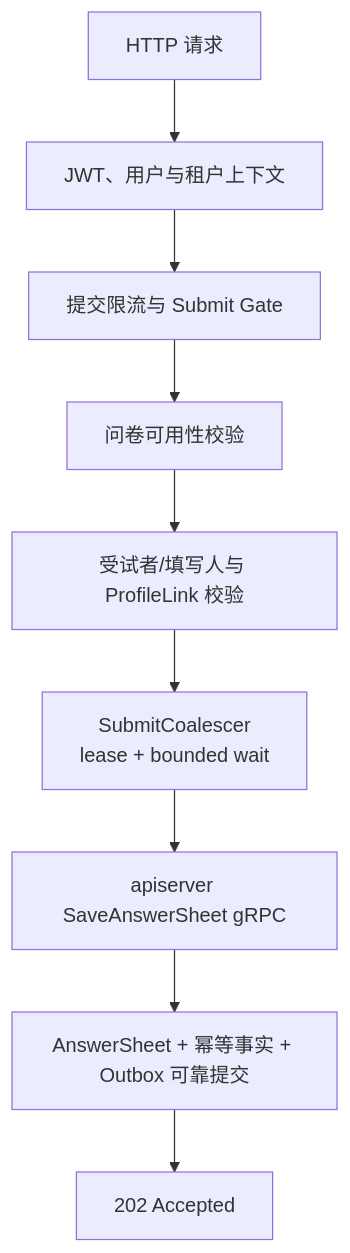
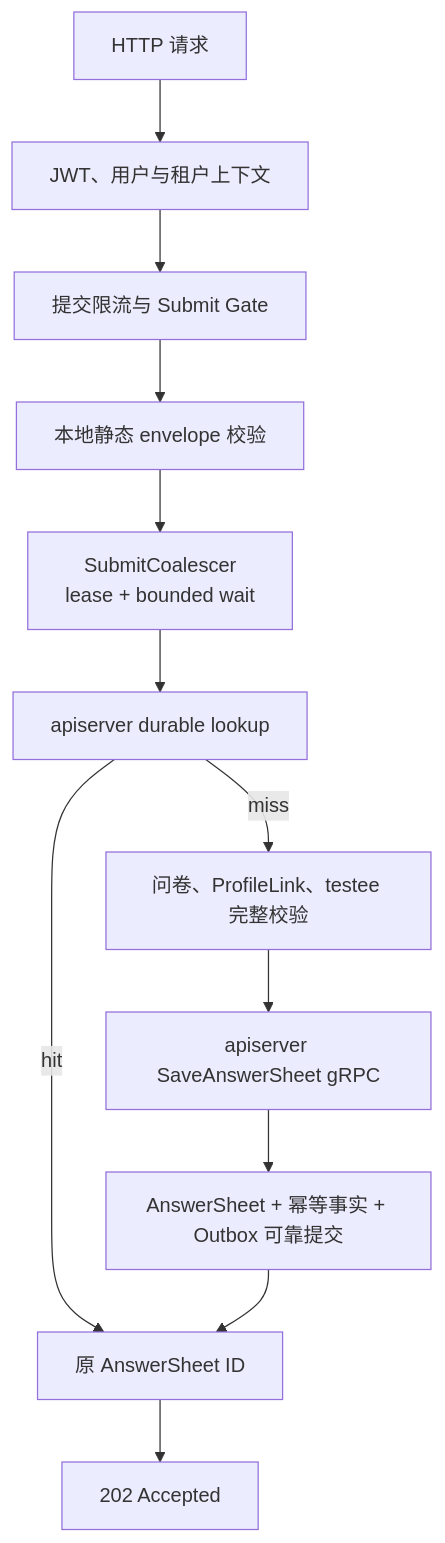
The diagram in docs/01-运行时/02-collection-server运行时.md (FangcunMount/qs-server), drawn with Mermaid before and after one commit. The commit also changed other lines of this file and 29 other files, not shown here.

First line of the commit message:
feat(submission): 添加 LookupAnswerSheetSubmission RPC 以支持持久化答卷的回读

````diff
--- a/docs/01-运行时/02-collection-server运行时.md
+++ b/docs/01-运行时/02-collection-server运行时.md
@@ -50,11 +50,14 @@
 ```mermaid
 flowchart TD
     A["HTTP 请求"] --> B["JWT、用户与租户上下文"]
     B --> C["提交限流与 Submit Gate"]
-    C --> D["问卷可用性校验"]
-    D --> E["受试者/填写人与 ProfileLink 校验"]
-    E --> F["SubmitCoalescer<br/>lease + bounded wait"]
-    F --> G["apiserver SaveAnswerSheet gRPC"]
-    G --> H["AnswerSheet + 幂等事实 + Outbox 可靠提交"]
-    H --> I["202 Accepted"]
+    C --> D["本地静态 envelope 校验"]
+    D --> E["SubmitCoalescer<br/>lease + bounded wait"]
+    E --> F["apiserver durable lookup"]
+    F -->|"hit"| J["原 AnswerSheet ID"]
+    F -->|"miss"| G["问卷、ProfileLink、testee 完整校验"]
+    G --> H["apiserver SaveAnswerSheet gRPC"]
+    H --> I["AnswerSheet + 幂等事实 + Outbox 可靠提交"]
+    I --> J
+    J --> K["202 Accepted"]
 ```
````
